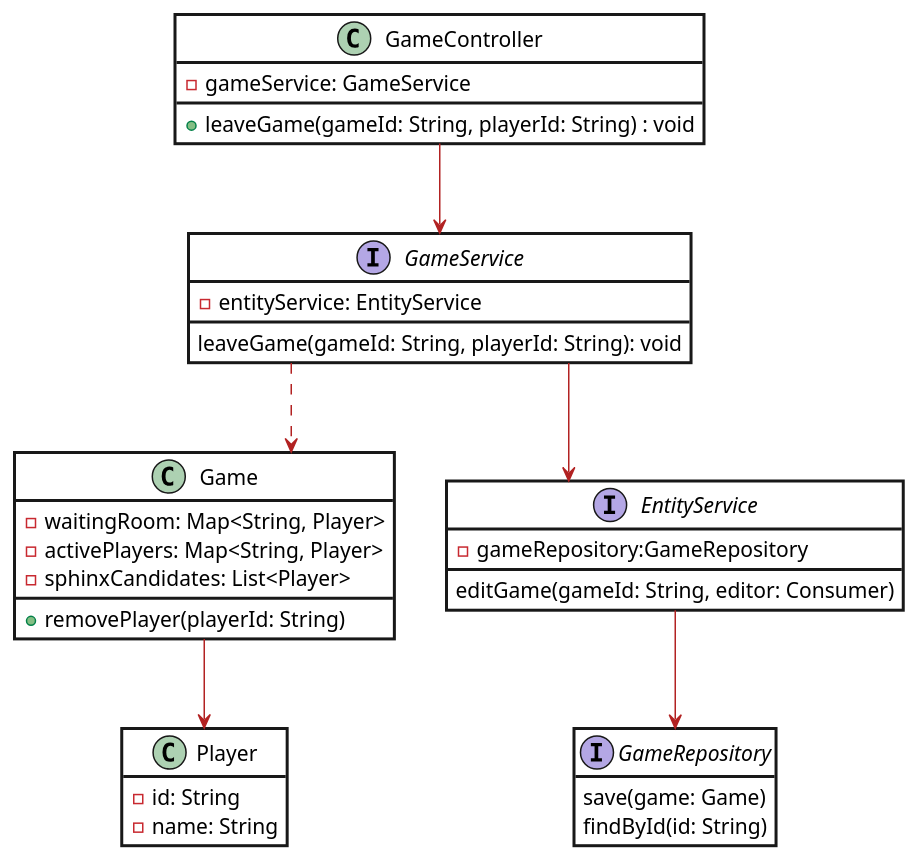
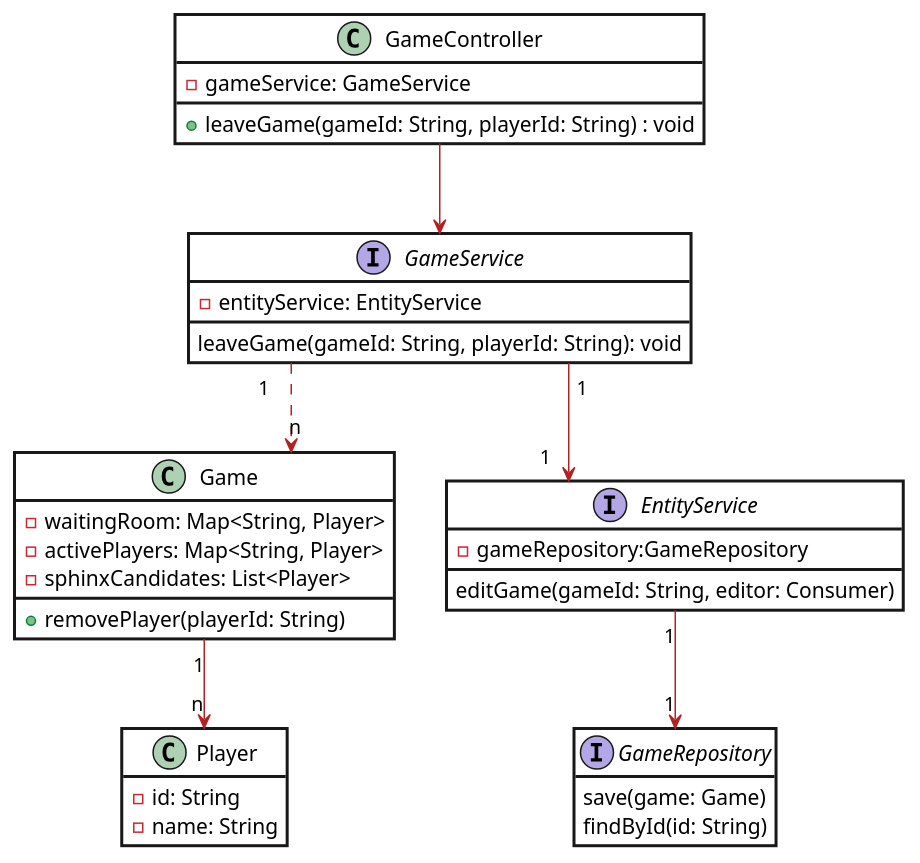
The diagram in docs/diagrams/DCD_leave_game.plantuml (patrickwinti/worldwidewalter), drawn with PlantUML before and after one commit. The commit also changed 6 other files, not shown here.

```diff
--- a/docs/diagrams/DCD_leave_game.plantuml
+++ b/docs/diagrams/DCD_leave_game.plantuml
@@ -1,48 +1,48 @@
 @startuml
 skinparam class {
     BackgroundColor white
     ArrowColor Firebrick
     BorderThickness 2
 }
 skinparam Note{
     BorderColor #FFD966
     BackgroundColor #FFD966
 }
 skinparam roundcorner 0
 skinparam packagestyle Frame
 hide empty members
 'left to right direction
 skinparam linetype ortho
 class GameController {
    -gameService: GameService
    +leaveGame(gameId: String, playerId: String) : void
 }
 class Game {
    -waitingRoom: Map<String, Player>
    -activePlayers: Map<String, Player>
    -sphinxCandidates: List<Player>
    +removePlayer(playerId: String)
 }
 interface EntityService {
     -gameRepository:GameRepository
     editGame(gameId: String, editor: Consumer)
 }
 interface GameService{
     -entityService: EntityService
     leaveGame(gameId: String, playerId: String): void
 }
 interface GameRepository {
    save(game: Game)
    findById(id: String)
 }
 class Player {
     -id: String
     -name: String
 }
 
 GameController-->GameService
-GameService ..> Game
-GameService --> EntityService
-EntityService --> GameRepository
-Game --> Player
+GameService "1"..>"n" Game
+GameService "1"-->"1" EntityService
+EntityService "1"-->"1" GameRepository
+Game "1"-->"n" Player
 @enduml
```
